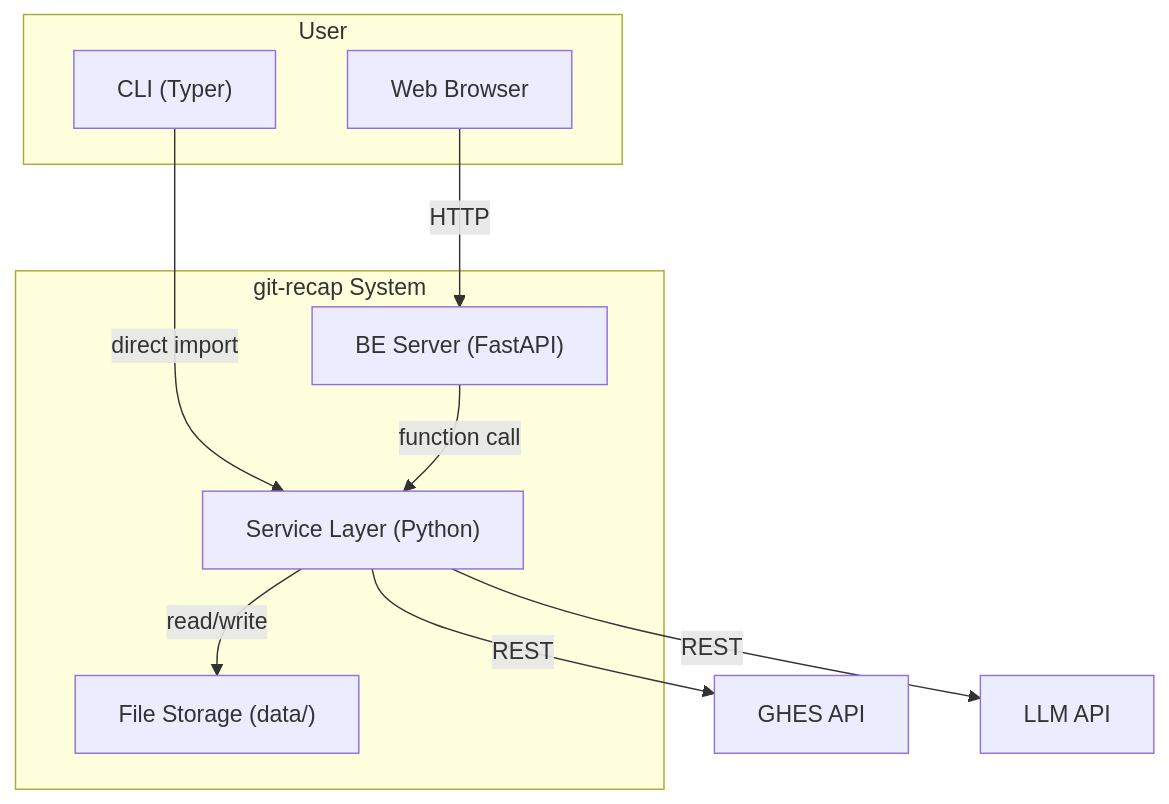
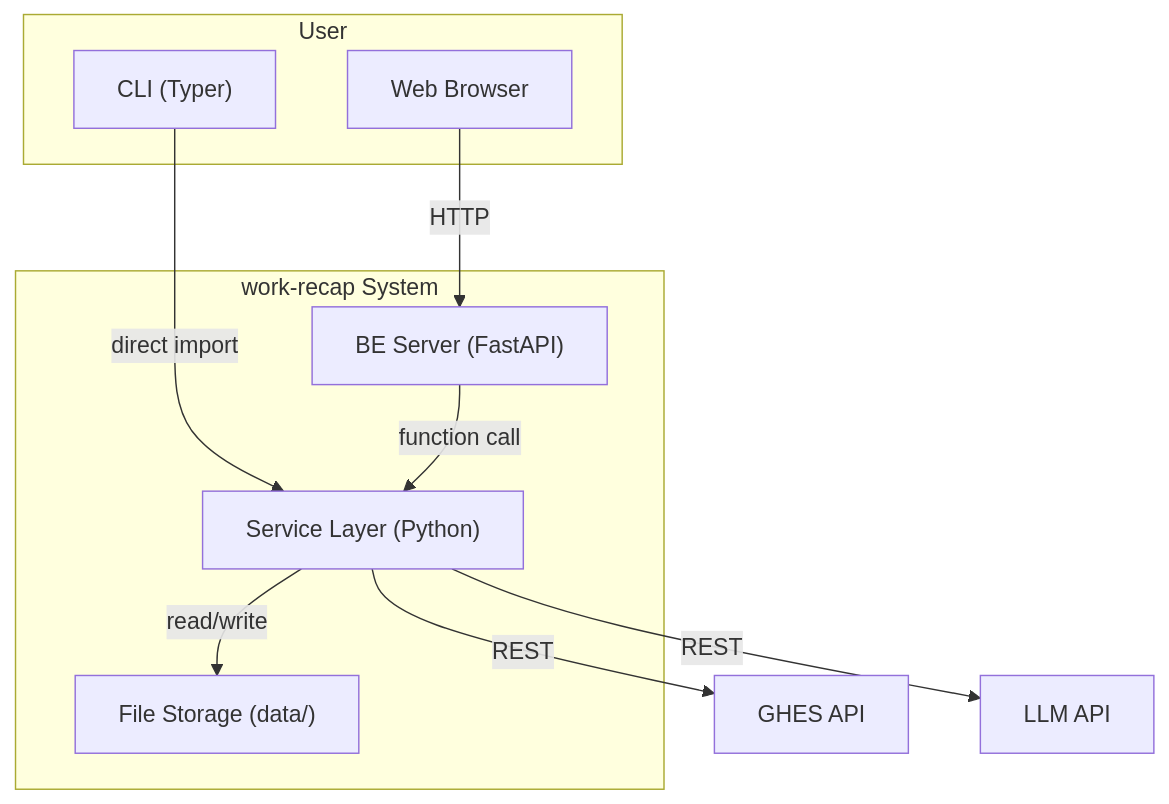
One commit to YongseopKim/work-recap changed the second of 3 diagrams in design.md. Above: the diagram before and after it, drawn with Mermaid. The commit also changed other lines of this file and 74 other files, not shown here.

First line of the commit message:
Rename project: git-recap → work-recap (CLI: recap, module: workrecap)

````diff
--- a/design.md
+++ b/design.md
@@ -68,23 +68,23 @@
 ```mermaid
 graph TB
     subgraph sgUser["User"]
         CLI["CLI (Typer)"]
         Browser["Web Browser"]
     end
 
-    subgraph sgGitRecap["git-recap System"]
+    subgraph sgWorkRecap["work-recap System"]
         BE["BE Server (FastAPI)"]
         ServiceLayer["Service Layer (Python)"]
         FileStore["File Storage (data/)"]
     end
 
     GHES["GHES API"]
     LLM["LLM API"]
 
     CLI -->|"direct import"| ServiceLayer
     Browser -->|"HTTP"| BE
     BE -->|"function call"| ServiceLayer
     ServiceLayer -->|"read/write"| FileStore
     ServiceLayer -->|"REST"| GHES
     ServiceLayer -->|"REST"| LLM
 ```
````
